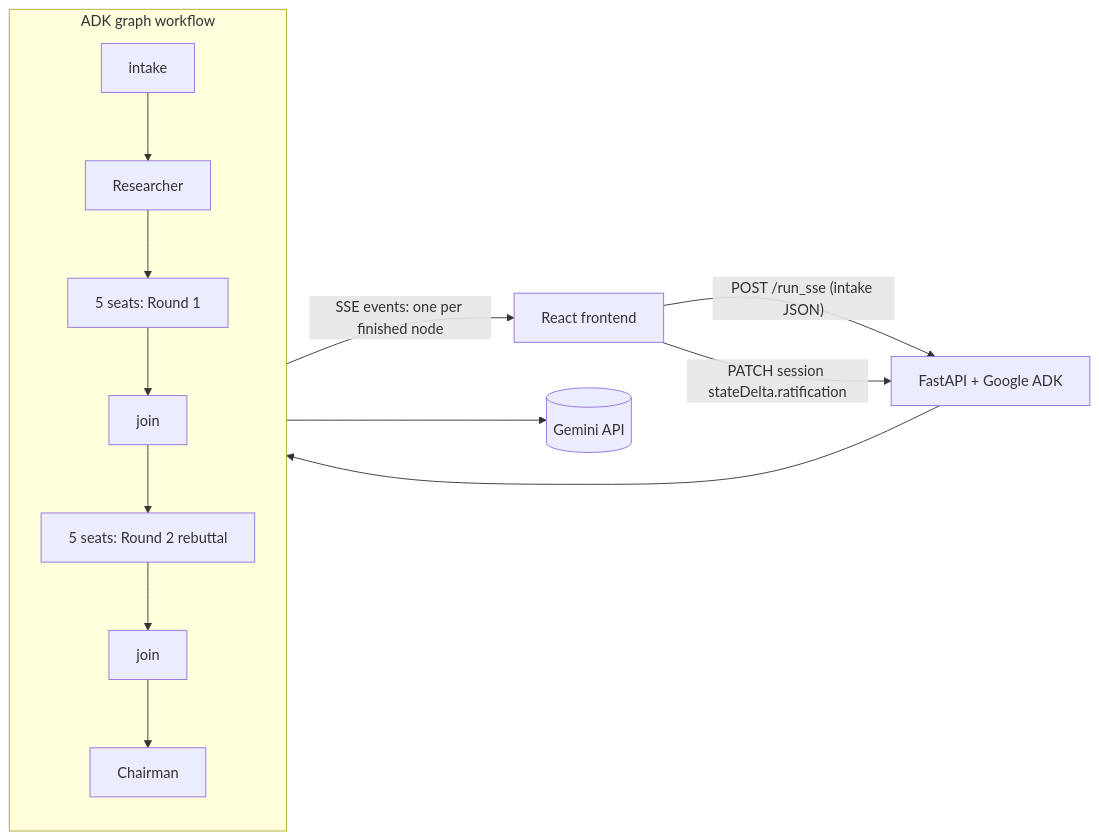
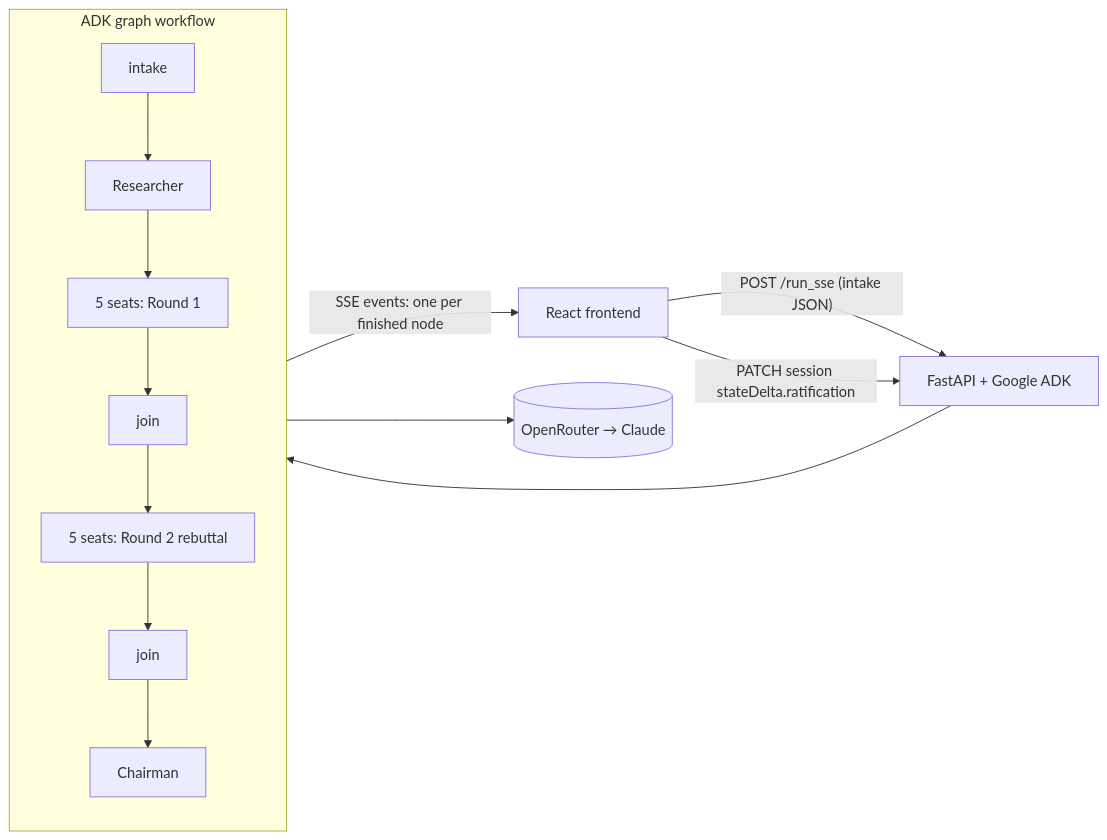
One commit to killerfrost22/crucible changed the diagram in README.md. Above: the diagram before and after it, drawn with Mermaid. The commit also changed other lines of this file and 28 other files, not shown here.

````diff
--- a/README.md
+++ b/README.md
@@ -16,11 +16,11 @@
 ```mermaid
 flowchart LR
   UI[React frontend] -- "POST /run_sse (intake JSON)" --> API[FastAPI + Google ADK]
   API --> W
   subgraph W[ADK graph workflow]
     I[intake] --> R[Researcher] --> R1[5 seats: Round 1] --> J1[join] --> R2[5 seats: Round 2 rebuttal] --> J2[join] --> C[Chairman]
   end
   W -- "SSE events: one per finished node" --> UI
   UI -- "PATCH session stateDelta.ratification" --> API
-  W --> G[(Gemini API)]
+  W --> G[("OpenRouter → Claude")]
 ```
````
